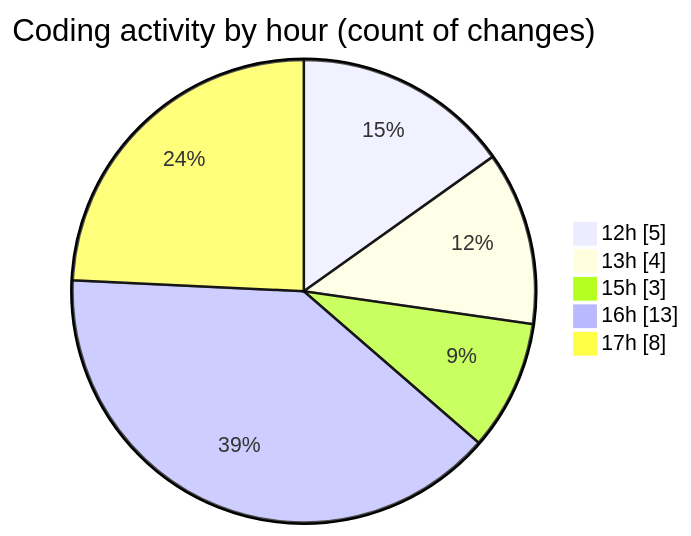
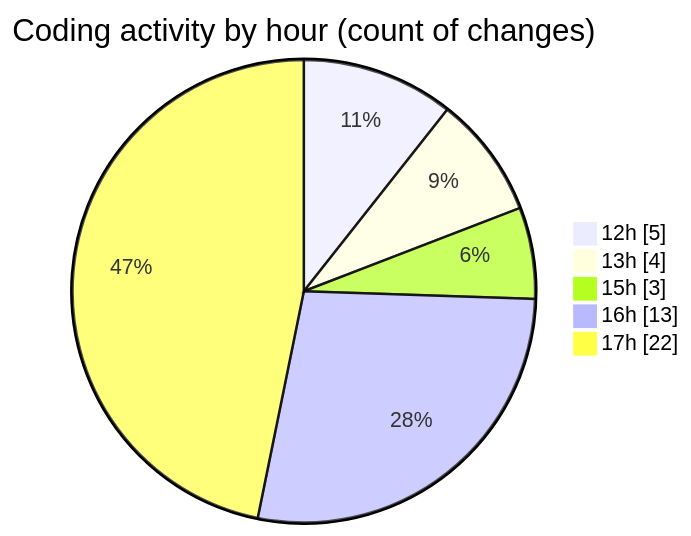
One commit to nxtqubesakshisongat/code-tracking changed the second of 2 diagrams in 2025-05-09/argos-dev/README.md. Above: the diagram before and after it, drawn with Mermaid. The commit also changed other lines of this file and 1 other file, not shown here.

````diff
--- a/2025-05-09/argos-dev/README.md
+++ b/2025-05-09/argos-dev/README.md
@@ -33,9 +33,9 @@
 ```mermaid
 pie showData
 title Coding activity by hour (count of changes)
 "12h" : 5
 "13h" : 4
 "15h" : 3
 "16h" : 13
-"17h" : 8
+"17h" : 22
 ```
````
